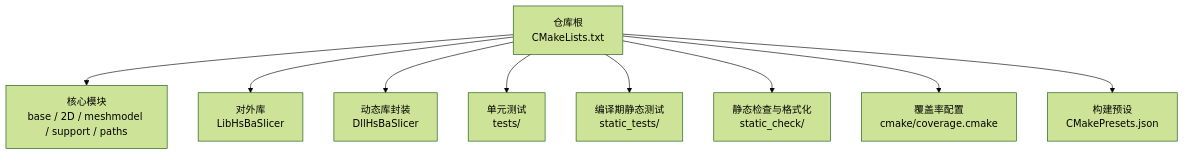
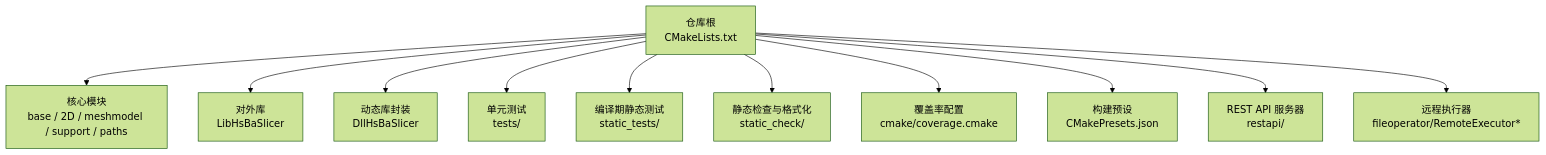
One commit to hsmbanlance/HsBaSlicer changed the first of 7 diagrams in .qoder/repowiki/zh/content/开发测试与贡献.md. Above: the diagram before and after it, drawn with Mermaid (forest theme). The commit also changed other lines of this file and 202 other files, not shown here.

````diff
--- a/.qoder/repowiki/zh/content/开发测试与贡献.md
+++ b/.qoder/repowiki/zh/content/开发测试与贡献.md
@@ -38,11 +58,13 @@
 ```mermaid
 graph TB
 Root["仓库根<br/>CMakeLists.txt"] --> Core["核心模块<br/>base / 2D / meshmodel / support / paths"]
 Root --> Lib["对外库<br/>LibHsBaSlicer"]
 Root --> Dll["动态库封装<br/>DllHsBaSlicer"]
 Root --> Tests["单元测试<br/>tests/"]
 Root --> StaticTests["编译期静态测试<br/>static_tests/"]
 Root --> Tools["静态检查与格式化<br/>static_check/"]
 Root --> Coverage["覆盖率配置<br/>cmake/coverage.cmake"]
 Root --> Presets["构建预设<br/>CMakePresets.json"]
+Root --> RestApi["REST API 服务器<br/>restapi/"]
+Root --> RemoteExec["远程执行器<br/>fileoperator/RemoteExecutor*"]
 ```
````
